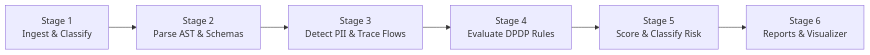
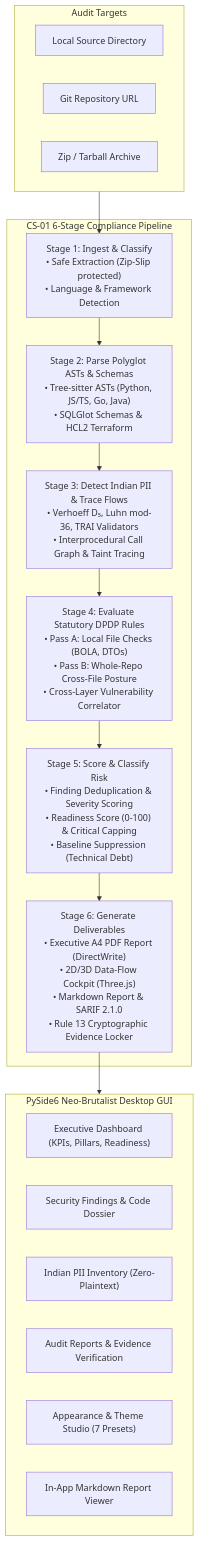
One commit to lazydeveloper9/DPDP changed the diagram in README.md. Above: the diagram before and after it, drawn with Mermaid. The commit also changed other lines of this file and 39 other files, not shown here.

Commit message:
refactor: update README.md and add GUI components, theme engine, and tests

````diff
--- a/README.md
+++ b/README.md
@@ -182,8 +189,34 @@
 ```mermaid
-flowchart LR
-    S1["Stage 1<br/>Ingest & Classify"] --> S2["Stage 2<br/>Parse AST & Schemas"]
-    S2 --> S3["Stage 3<br/>Detect PII & Trace Flows"]
-    S3 --> S4["Stage 4<br/>Evaluate DPDP Rules"]
-    S4 --> S5["Stage 5<br/>Score & Classify Risk"]
-    S5 --> S6["Stage 6<br/>Reports & Visualizer"]
+flowchart TD
+    subgraph Input ["Audit Targets"]
+        T1["Local Source Directory"]
+        T2["Git Repository URL"]
+        T3["Zip / Tarball Archive"]
+    end
+
+    subgraph Pipeline ["CS-01 6-Stage Compliance Pipeline"]
+        S1["Stage 1: Ingest & Classify<br/>• Safe Extraction (Zip-Slip protected)<br/>• Language & Framework Detection"]
+        S2["Stage 2: Parse Polyglot ASTs & Schemas<br/>• Tree-sitter ASTs (Python, JS/TS, Go, Java)<br/>• SQLGlot Schemas & HCL2 Terraform"]
+        S3["Stage 3: Detect Indian PII & Trace Flows<br/>• Verhoeff D₅, Luhn mod-36, TRAI Validators<br/>• Interprocedural Call Graph & Taint Tracing"]
+        S4["Stage 4: Evaluate Statutory DPDP Rules<br/>• Pass A: Local File Checks (BOLA, DTOs)<br/>• Pass B: Whole-Repo Cross-File Posture<br/>• Cross-Layer Vulnerability Correlator"]
+        S5["Stage 5: Score & Classify Risk<br/>• Finding Deduplication & Severity Scoring<br/>• Readiness Score (0-100) & Critical Capping<br/>• Baseline Suppression (Technical Debt)"]
+        S6["Stage 6: Generate Deliverables<br/>• Executive A4 PDF Report (DirectWrite)<br/>• 2D/3D Data-Flow Cockpit (Three.js)<br/>• Markdown Report & SARIF 2.1.0<br/>• Rule 13 Cryptographic Evidence Locker"]
+    end
+
+    subgraph DesktopGUI ["PySide6 Neo-Brutalist Desktop GUI"]
+        GUI_D["Executive Dashboard (KPIs, Pillars, Readiness)"]
+        GUI_F["Security Findings & Code Dossier"]
+        GUI_P["Indian PII Inventory (Zero-Plaintext)"]
+        GUI_R["Audit Reports & Evidence Verification"]
+        GUI_T["Appearance & Theme Studio (7 Presets)"]
+        GUI_M["In-App Markdown Report Viewer"]
+    end
+
+    Input --> S1
+    S1 --> S2
+    S2 --> S3
+    S3 --> S4
+    S4 --> S5
+    S5 --> S6
+    S6 --> DesktopGUI
 ```
````
